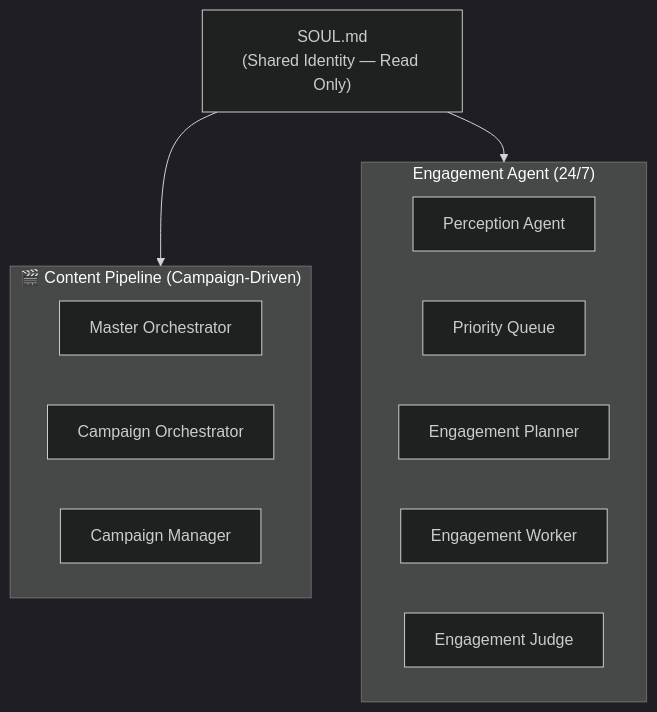
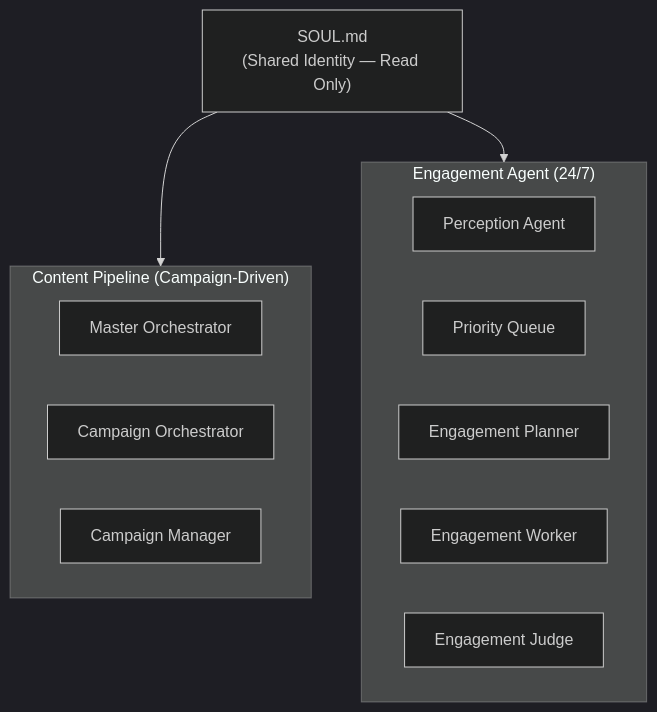
The third of 9 diagrams in research/architecture_strategy.md (YvvonM/Chimera_socials), drawn with Mermaid (dark theme) before and after one commit. The commit also changed other lines of this file, not shown here.

````diff
--- a/research/architecture_strategy.md
+++ b/research/architecture_strategy.md
@@ -86,21 +86,21 @@
 ```mermaid
 flowchart TD
     SOUL["SOUL.md<br/>(Shared Identity — Read Only)"]
 
-    subgraph CONTENT["🎬 Content Pipeline (Campaign-Driven)"]
+    subgraph CONTENT["Content Pipeline (Campaign-Driven)"]
         MO["Master Orchestrator"]
         CO["Campaign Orchestrator"]
         CM["Campaign Manager"]
     end
 
     subgraph ENGAGEMENT["Engagement Agent (24/7)"]
         PA["Perception Agent"]
         PQ["Priority Queue"]
         EP["Engagement Planner"]
         EW["Engagement Worker"]
         EJ["Engagement Judge"]
     end
 
     SOUL --> CONTENT
     SOUL --> ENGAGEMENT
 ```
````
